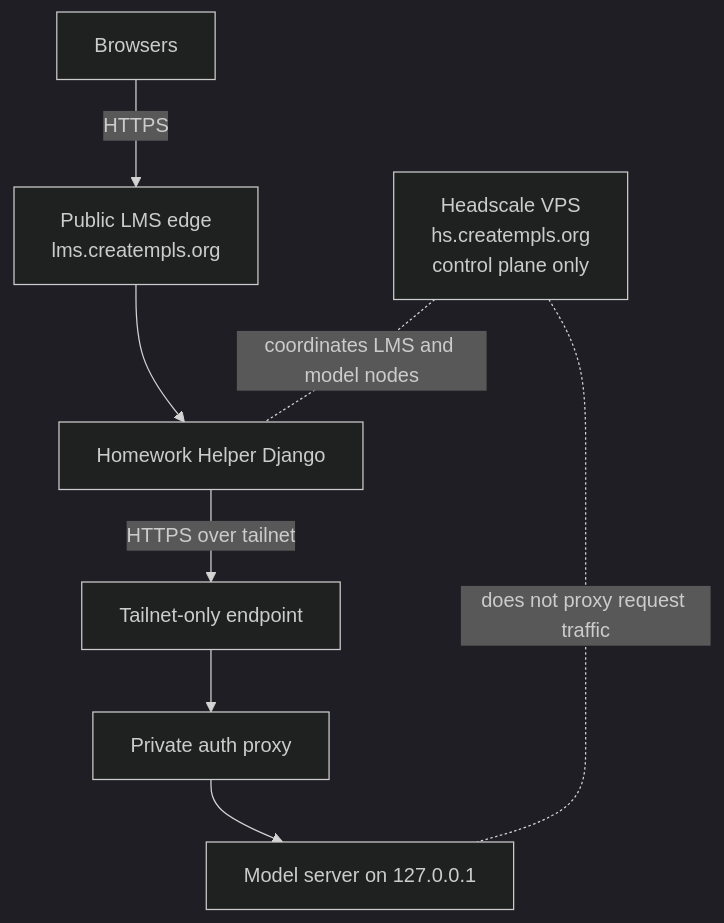
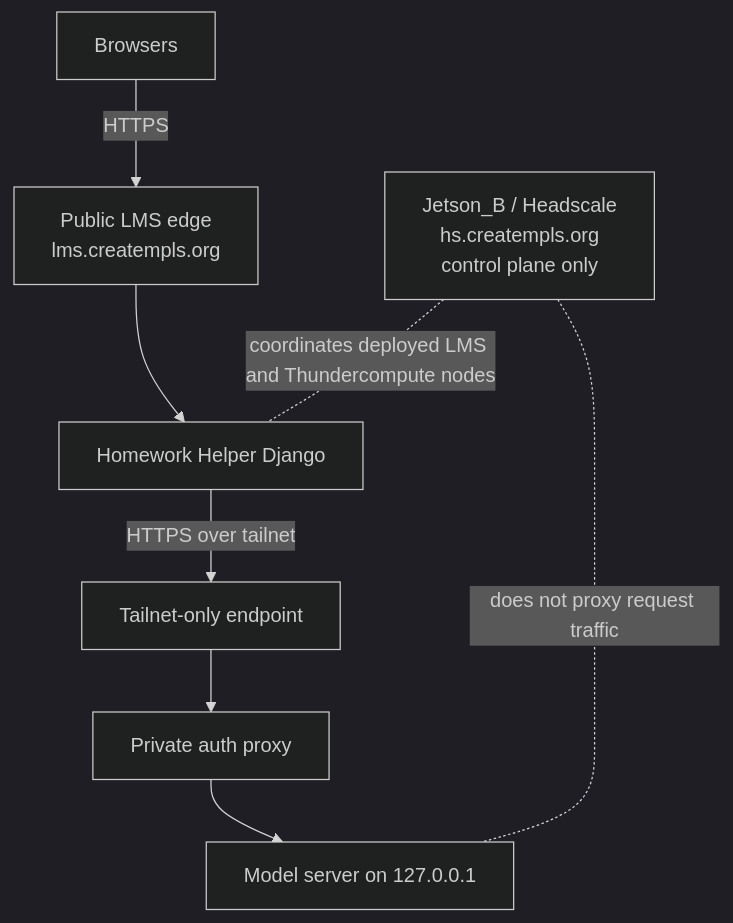
One commit to bseverns/classhub changed the diagram in docs/PRIVATE_LLM_BACKEND.md. Above: the diagram before and after it, drawn with Mermaid (dark theme). The commit also changed other lines of this file and 32 other files, not shown here.

Commit message:
Jetson-B headscale role

````diff
--- a/docs/PRIVATE_LLM_BACKEND.md
+++ b/docs/PRIVATE_LLM_BACKEND.md
@@ -33,12 +30,12 @@
 ```mermaid
 flowchart TD
   B[Browsers] -->|HTTPS| C[Public LMS edge<br/>lms.creatempls.org]
   C --> H[Homework Helper Django]
   H -->|HTTPS over tailnet| T[Tailnet-only endpoint]
   T --> P[Private auth proxy]
   P --> M[Model server on 127.0.0.1]
-  HS[Headscale VPS<br/>hs.creatempls.org<br/>control plane only]
+  HS[Jetson_B / Headscale<br/>hs.creatempls.org<br/>control plane only]
 
-  HS -. coordinates LMS and model nodes .- H
+  HS -. coordinates deployed LMS and Thundercompute nodes .- H
   HS -. does not proxy request traffic .- M
 ```
````
